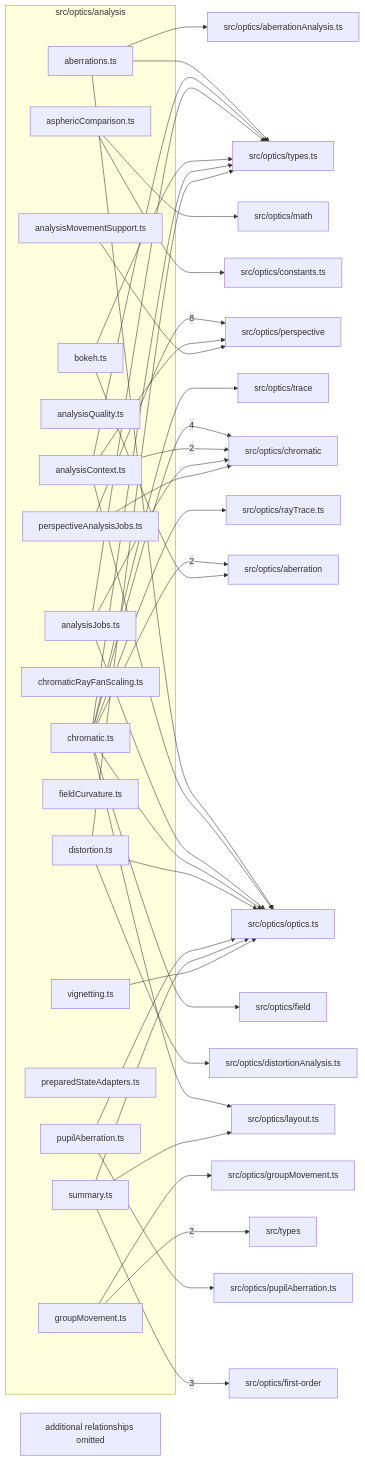
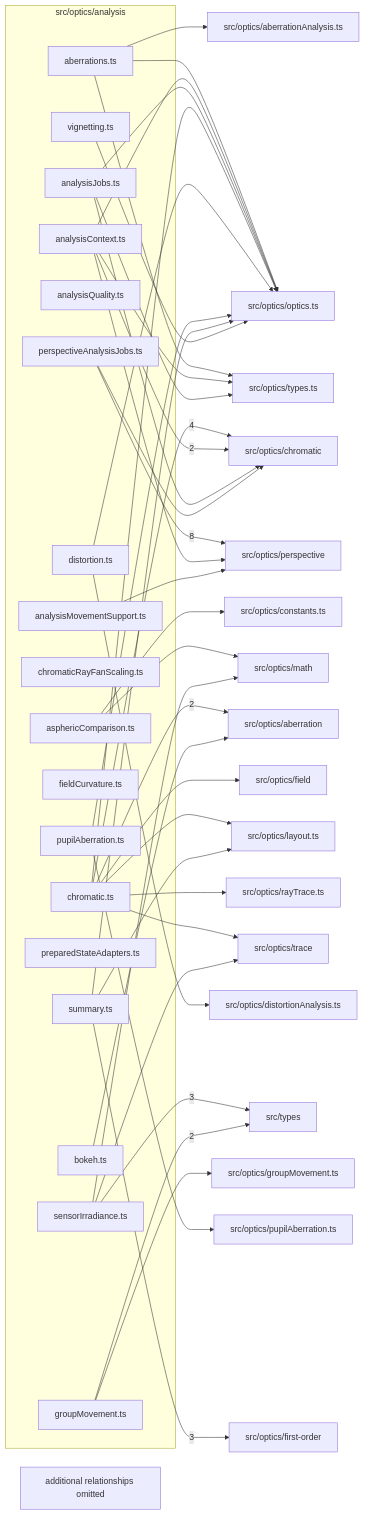
Before and after one commit to ronbuening/LensVisualizer: the diagram in src/optics/analysis/readme.md, drawn with Mermaid. The commit also changed other lines of this file and 20 other files, not shown here.

Commit message:
fix(optics): integrate pupil area and ideal sensor irradiance

````diff
--- a/src/optics/analysis/readme.md
+++ b/src/optics/analysis/readme.md
@@ -9,76 +9,77 @@
 ```mermaid
 flowchart LR
   subgraph n_src_optics_analysis["src/optics/analysis"]
     n_src_optics_analysis_src_optics_analysis_aberrations_ts["aberrations.ts"]
     n_src_optics_analysis_src_optics_analysis_analysisContext_ts["analysisContext.ts"]
     n_src_optics_analysis_src_optics_analysis_analysisJobs_ts["analysisJobs.ts"]
     n_src_optics_analysis_src_optics_analysis_analysisMovementSupport_ts["analysisMovementSupport.ts"]
     n_src_optics_analysis_src_optics_analysis_analysisQuality_ts["analysisQuality.ts"]
     n_src_optics_analysis_src_optics_analysis_asphericComparison_ts["asphericComparison.ts"]
     n_src_optics_analysis_src_optics_analysis_bokeh_ts["bokeh.ts"]
     n_src_optics_analysis_src_optics_analysis_chromatic_ts["chromatic.ts"]
     n_src_optics_analysis_src_optics_analysis_chromaticRayFanScaling_ts["chromaticRayFanScaling.ts"]
     n_src_optics_analysis_src_optics_analysis_distortion_ts["distortion.ts"]
     n_src_optics_analysis_src_optics_analysis_fieldCurvature_ts["fieldCurvature.ts"]
     n_src_optics_analysis_src_optics_analysis_groupMovement_ts["groupMovement.ts"]
     n_src_optics_analysis_src_optics_analysis_perspectiveAnalysisJobs_ts["perspectiveAnalysisJobs.ts"]
     n_src_optics_analysis_src_optics_analysis_preparedStateAdapters_ts["preparedStateAdapters.ts"]
     n_src_optics_analysis_src_optics_analysis_pupilAberration_ts["pupilAberration.ts"]
+    n_src_optics_analysis_src_optics_analysis_sensorIrradiance_ts["sensorIrradiance.ts"]
     n_src_optics_analysis_src_optics_analysis_summary_ts["summary.ts"]
     n_src_optics_analysis_src_optics_analysis_vignetting_ts["vignetting.ts"]
   end
   n_external_src_optics_perspective["src/optics/perspective"]
   n_external_src_optics_chromatic["src/optics/chromatic"]
   n_external_src_optics_first_order["src/optics/first-order"]
+  n_external_src_types["src/types"]
   n_external_src_optics_aberration["src/optics/aberration"]
-  n_external_src_types["src/types"]
   n_external_src_optics_aberrationAnalysis_ts["src/optics/aberrationAnalysis.ts"]
   n_external_src_optics_constants_ts["src/optics/constants.ts"]
   n_external_src_optics_distortionAnalysis_ts["src/optics/distortionAnalysis.ts"]
   n_external_src_optics_field["src/optics/field"]
   n_external_src_optics_groupMovement_ts["src/optics/groupMovement.ts"]
   n_external_src_optics_layout_ts["src/optics/layout.ts"]
   n_external_src_optics_math["src/optics/math"]
   n_external_src_optics_optics_ts["src/optics/optics.ts"]
   n_external_src_optics_pupilAberration_ts["src/optics/pupilAberration.ts"]
   n_external_src_optics_rayTrace_ts["src/optics/rayTrace.ts"]
   n_external_src_optics_trace["src/optics/trace"]
   n_external_src_optics_types_ts["src/optics/types.ts"]
   n_src_optics_analysis_src_optics_analysis_perspectiveAnalysisJobs_ts --> |8| n_external_src_optics_perspective
   n_src_optics_analysis_src_optics_analysis_chromatic_ts --> |4| n_external_src_optics_chromatic
   n_src_optics_analysis_src_optics_analysis_summary_ts --> |3| n_external_src_optics_first_order
+  n_src_optics_analysis_src_optics_analysis_sensorIrradiance_ts --> |3| n_external_src_types
   n_src_optics_analysis_src_optics_analysis_chromatic_ts --> |2| n_external_src_optics_aberration
   n_src_optics_analysis_src_optics_analysis_analysisContext_ts --> |2| n_external_src_optics_chromatic
   n_src_optics_analysis_src_optics_analysis_groupMovement_ts --> |2| n_external_src_types
   n_src_optics_analysis_src_optics_analysis_bokeh_ts --> n_external_src_optics_aberration
   n_src_optics_analysis_src_optics_analysis_aberrations_ts --> n_external_src_optics_aberrationAnalysis_ts
   n_src_optics_analysis_src_optics_analysis_analysisJobs_ts --> n_external_src_optics_chromatic
   n_src_optics_analysis_src_optics_analysis_perspectiveAnalysisJobs_ts --> n_external_src_optics_chromatic
   n_src_optics_analysis_src_optics_analysis_asphericComparison_ts --> n_external_src_optics_constants_ts
   n_src_optics_analysis_src_optics_analysis_distortion_ts --> n_external_src_optics_distortionAnalysis_ts
   n_src_optics_analysis_src_optics_analysis_chromatic_ts --> n_external_src_optics_field
   n_src_optics_analysis_src_optics_analysis_groupMovement_ts --> n_external_src_optics_groupMovement_ts
   n_src_optics_analysis_src_optics_analysis_chromatic_ts --> n_external_src_optics_layout_ts
   n_src_optics_analysis_src_optics_analysis_summary_ts --> n_external_src_optics_layout_ts
   n_src_optics_analysis_src_optics_analysis_asphericComparison_ts --> n_external_src_optics_math
+  n_src_optics_analysis_src_optics_analysis_sensorIrradiance_ts --> n_external_src_optics_math
   n_src_optics_analysis_src_optics_analysis_aberrations_ts --> n_external_src_optics_optics_ts
   n_src_optics_analysis_src_optics_analysis_analysisContext_ts --> n_external_src_optics_optics_ts
   n_src_optics_analysis_src_optics_analysis_analysisJobs_ts --> n_external_src_optics_optics_ts
   n_src_optics_analysis_src_optics_analysis_chromatic_ts --> n_external_src_optics_optics_ts
   n_src_optics_analysis_src_optics_analysis_distortion_ts --> n_external_src_optics_optics_ts
   n_src_optics_analysis_src_optics_analysis_pupilAberration_ts --> n_external_src_optics_optics_ts
   n_src_optics_analysis_src_optics_analysis_summary_ts --> n_external_src_optics_optics_ts
   n_src_optics_analysis_src_optics_analysis_vignetting_ts --> n_external_src_optics_optics_ts
   n_src_optics_analysis_src_optics_analysis_analysisContext_ts --> n_external_src_optics_perspective
   n_src_optics_analysis_src_optics_analysis_analysisMovementSupport_ts --> n_external_src_optics_perspective
   n_src_optics_analysis_src_optics_analysis_pupilAberration_ts --> n_external_src_optics_pupilAberration_ts
   n_src_optics_analysis_src_optics_analysis_chromatic_ts --> n_external_src_optics_rayTrace_ts
   n_src_optics_analysis_src_optics_analysis_chromatic_ts --> n_external_src_optics_trace
+  n_src_optics_analysis_src_optics_analysis_sensorIrradiance_ts --> n_external_src_optics_trace
   n_src_optics_analysis_src_optics_analysis_aberrations_ts --> n_external_src_optics_types_ts
   n_src_optics_analysis_src_optics_analysis_analysisContext_ts --> n_external_src_optics_types_ts
   n_src_optics_analysis_src_optics_analysis_analysisJobs_ts --> n_external_src_optics_types_ts
-  n_src_optics_analysis_src_optics_analysis_bokeh_ts --> n_external_src_optics_types_ts
-  n_src_optics_analysis_src_optics_analysis_chromatic_ts --> n_external_src_optics_types_ts
-  n_src_optics_analysis_src_optics_analysis_distortion_ts --> n_external_src_optics_types_ts
   n_src_optics_analysis_truncated["additional relationships omitted"]
 ```
````
